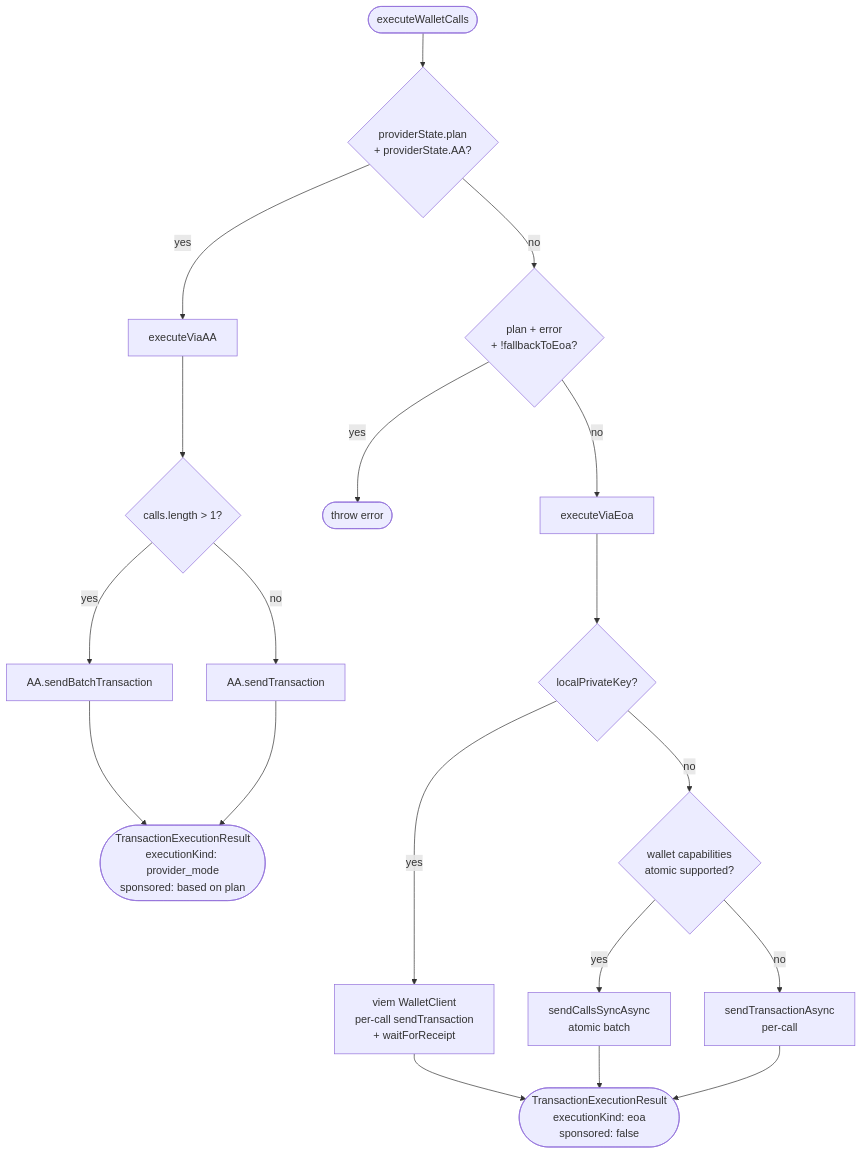
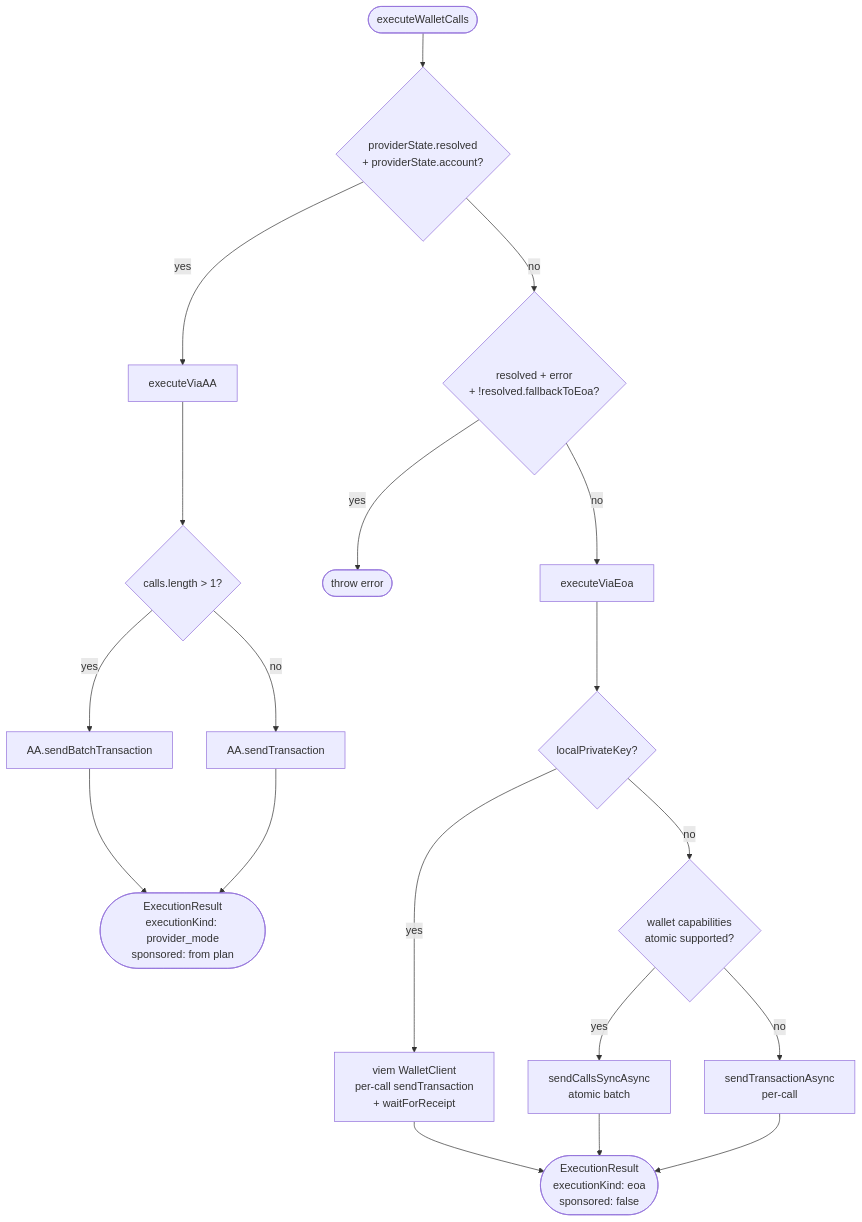
Before and after one commit to aomi-labs/aomi-widget: the sixth of 7 diagrams in specs/AA-ARCH.md, drawn with Mermaid. The commit also changed other lines of this file and 11 other files, not shown here.

````diff
--- a/specs/AA-ARCH.md
+++ b/specs/AA-ARCH.md
@@ -224,28 +256,28 @@
 ```mermaid
 flowchart TD
-    START([executeWalletCalls]) --> HAS_AA{providerState.plan<br/>+ providerState.AA?}
+    START([executeWalletCalls]) --> HAS_AA{providerState.resolved<br/>+ providerState.account?}
 
     HAS_AA -->|yes| VIA_AA[executeViaAA]
 
     VIA_AA --> BATCH{calls.length > 1?}
     BATCH -->|yes| BATCH_TX[AA.sendBatchTransaction]
     BATCH -->|no| SINGLE_TX[AA.sendTransaction]
-    BATCH_TX --> AA_RESULT([TransactionExecutionResult<br/>executionKind: provider_mode<br/>sponsored: based on plan])
+    BATCH_TX --> AA_RESULT([ExecutionResult<br/>executionKind: provider_mode<br/>sponsored: from plan])
     SINGLE_TX --> AA_RESULT
 
-    HAS_AA -->|no| HAS_ERROR{plan + error<br/>+ !fallbackToEoa?}
+    HAS_AA -->|no| HAS_ERROR{resolved + error<br/>+ !resolved.fallbackToEoa?}
     HAS_ERROR -->|yes| THROW([throw error])
 
     HAS_ERROR -->|no| VIA_EOA[executeViaEoa]
 
     VIA_EOA --> HAS_PK{localPrivateKey?}
     HAS_PK -->|yes| PK_PATH[viem WalletClient<br/>per-call sendTransaction<br/>+ waitForReceipt]
     HAS_PK -->|no| WALLET_PATH{wallet capabilities<br/>atomic supported?}
 
     WALLET_PATH -->|yes| SEND_CALLS[sendCallsSyncAsync<br/>atomic batch]
     WALLET_PATH -->|no| SEND_INDIVIDUAL[sendTransactionAsync<br/>per-call]
 
-    PK_PATH --> EOA_RESULT([TransactionExecutionResult<br/>executionKind: eoa<br/>sponsored: false])
+    PK_PATH --> EOA_RESULT([ExecutionResult<br/>executionKind: eoa<br/>sponsored: false])
     SEND_CALLS --> EOA_RESULT
     SEND_INDIVIDUAL --> EOA_RESULT
 ```
````
